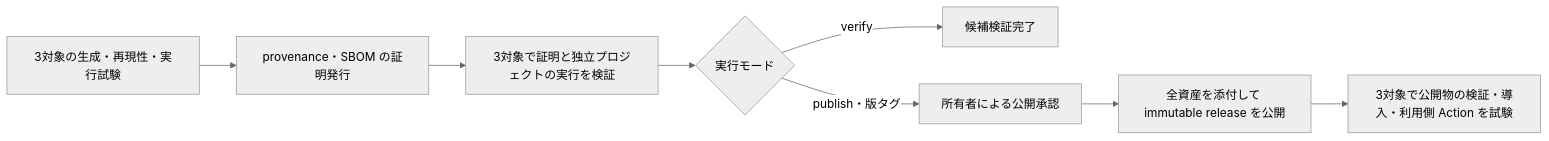
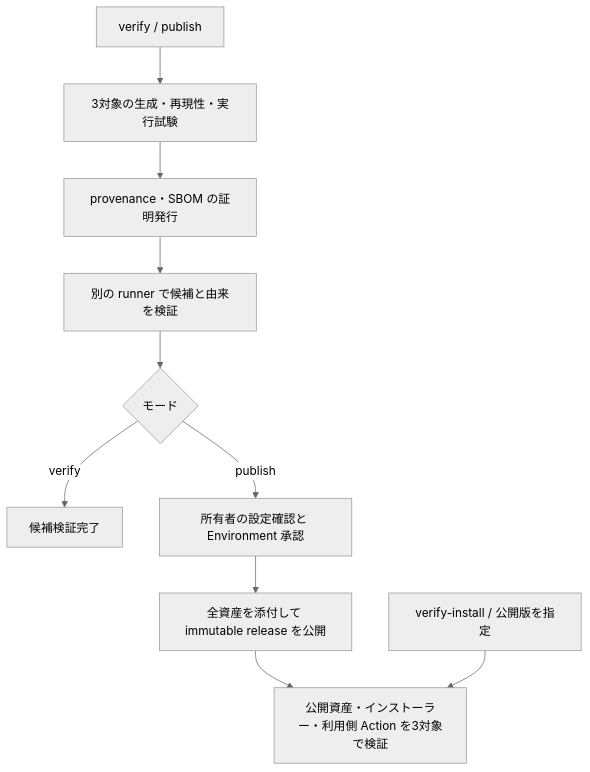
One commit to 9uiLe/hamio changed the second of 2 diagrams in docs/design.md. Above: the diagram before and after it, drawn with Mermaid (neutral theme). The commit also changed other lines of this file and 6 other files, not shown here.

````diff
--- a/docs/design.md
+++ b/docs/design.md
@@ -218,10 +238,12 @@
 ```mermaid
-flowchart LR
-    B[3対象の生成・再現性・実行試験] --> A[provenance・SBOM の証明発行]
-    A --> V[3対象で証明と独立プロジェクトの実行を検証]
-    V --> M{実行モード}
+flowchart TD
+    C[verify / publish] --> B[3対象の生成・再現性・実行試験]
+    B --> A[provenance・SBOM の証明発行]
+    A --> V[別の runner で候補と由来を検証]
+    V --> M{モード}
     M -->|verify| E[候補検証完了]
-    M -->|publish・版タグ| R[所有者による公開承認]
+    M -->|publish| R[所有者の設定確認と Environment 承認]
     R --> P[全資産を添付して immutable release を公開]
-    P --> I[3対象で公開物の検証・導入・利用側 Action を試験]
+    P --> I[公開資産・インストーラー・利用側 Action を3対象で検証]
+    D[verify-install / 公開版を指定] --> I
 ```
````
